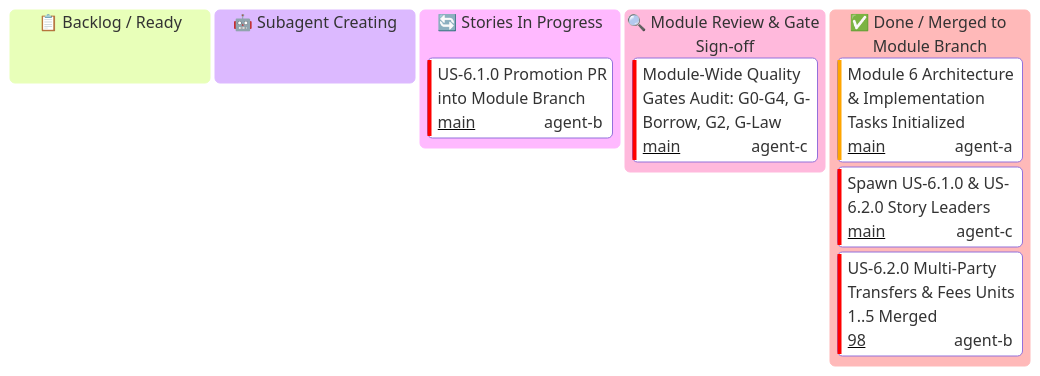
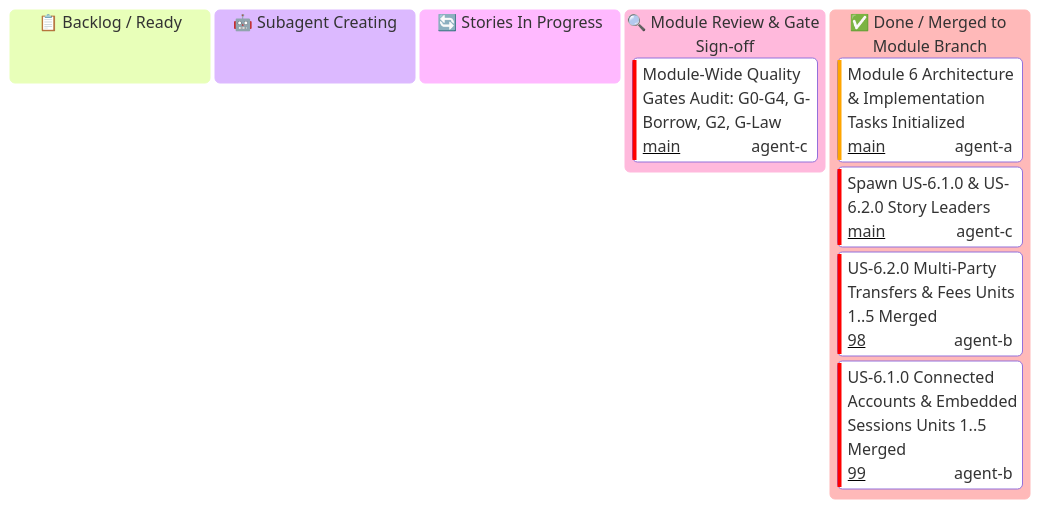
Before and after one commit to some-of-cs/some-stripe: the diagram in docs/user-stories/module-6-connect-and-marketplaces/MODULE-KANBAN.md, drawn with Mermaid. The commit also changed other lines of this file and 2 other files, not shown here.

Commit message:
docs(module-6): update executive kanban and checkpoint with US-6.1.0 promotion merge

````diff
--- a/docs/user-stories/module-6-connect-and-marketplaces/MODULE-KANBAN.md
+++ b/docs/user-stories/module-6-connect-and-marketplaces/MODULE-KANBAN.md
@@ -15,18 +15,18 @@
 ```mermaid
 ---
 config:
   kanban:
     ticketBaseUrl: 'https://github.com/some-of-cs/some-stripe/pull/#TICKET#'
 ---
 kanban
   todo[📋 Backlog / Ready]
   spawning[🤖 Subagent Creating]
   in_progress[🔄 Stories In Progress]
-    m6_s61_promotion[US-6.1.0 Promotion PR into Module Branch]@{ ticket: 'main', assigned: 'agent-b', priority: 'Very High' }
   review[🔍 Module Review & Gate Sign-off]
     m6_gates[Module-Wide Quality Gates Audit: G0-G4, G-Borrow, G2, G-Law]@{ ticket: 'main', assigned: 'agent-c', priority: 'Very High' }
   done[✅ Done / Merged to Module Branch]
     m6_setup[Module 6 Architecture & Implementation Tasks Initialized]@{ ticket: 'main', assigned: 'agent-a', priority: 'High' }
     m6_spawn_stories[Spawn US-6.1.0 & US-6.2.0 Story Leaders]@{ ticket: 'main', assigned: 'agent-c', priority: 'Very High' }
     m6_s62_merged[US-6.2.0 Multi-Party Transfers & Fees Units 1..5 Merged]@{ ticket: '98', assigned: 'agent-b', priority: 'Very High' }
+    m6_s61_merged[US-6.1.0 Connected Accounts & Embedded Sessions Units 1..5 Merged]@{ ticket: '99', assigned: 'agent-b', priority: 'Very High' }
 ```
````
